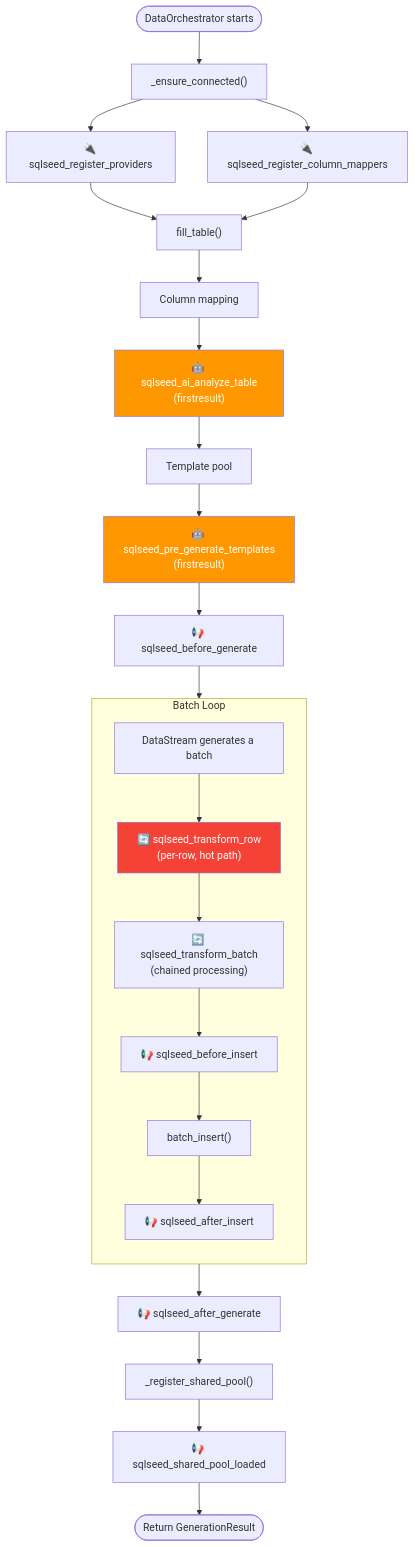
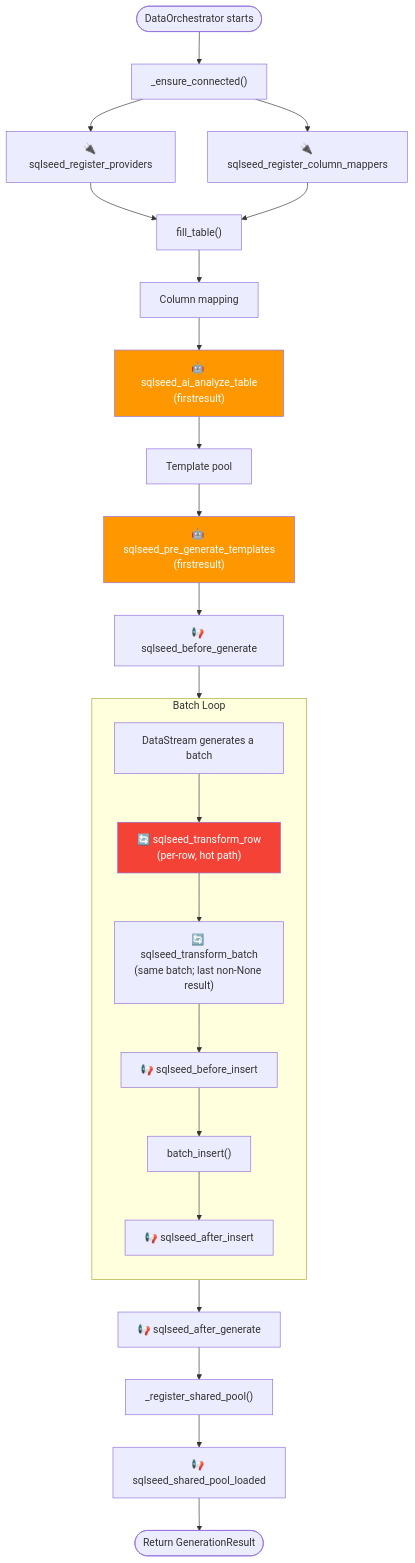
One commit to sunbos/sqlseed changed the eighth of 12 diagrams in docs/architecture.md. Above: the diagram before and after it, drawn with Mermaid. The commit also changed other lines of this file and 346 other files, not shown here.

````diff
--- a/docs/architecture.md
+++ b/docs/architecture.md
@@ -532,44 +539,44 @@
 ```mermaid
 flowchart TB
     Start(["DataOrchestrator starts"]) --> Connect
 
     Connect["_ensure_connected()"]
     Connect --> H1["🔌 sqlseed_register_providers"]
     Connect --> H2["🔌 sqlseed_register_column_mappers"]
 
     H1 --> Fill["fill_table()"]
     H2 --> Fill
 
     Fill --> Mapping["Column mapping"]
     Mapping --> H3["🤖 sqlseed_ai_analyze_table<br/>(firstresult)"]
 
     H3 --> Template["Template pool"]
     Template --> H4["🤖 sqlseed_pre_generate_templates<br/>(firstresult)"]
 
     H4 --> H5["📢 sqlseed_before_generate"]
 
     H5 --> BatchLoop
 
     subgraph BatchLoop["Batch Loop"]
         direction TB
         GenBatch["DataStream generates a batch"]
         H6["🔄 sqlseed_transform_row<br/>(per-row, hot path)"]
-        H7["🔄 sqlseed_transform_batch<br/>(chained processing)"]
+        H7["🔄 sqlseed_transform_batch<br/>(same batch; last non-None result)"]
         H8["📢 sqlseed_before_insert"]
         Insert["batch_insert()"]
         H9["📢 sqlseed_after_insert"]
 
         GenBatch --> H6 --> H7 --> H8 --> Insert --> H9
     end
 
     BatchLoop --> H10["📢 sqlseed_after_generate"]
 
     H10 --> RegisterPool["_register_shared_pool()"]
     RegisterPool --> H11["📢 sqlseed_shared_pool_loaded"]
 
     H11 --> Done(["Return GenerationResult"])
 
     style H3 fill:#FF9800,color:#fff
     style H4 fill:#FF9800,color:#fff
     style H6 fill:#F44336,color:#fff
 ```
````
